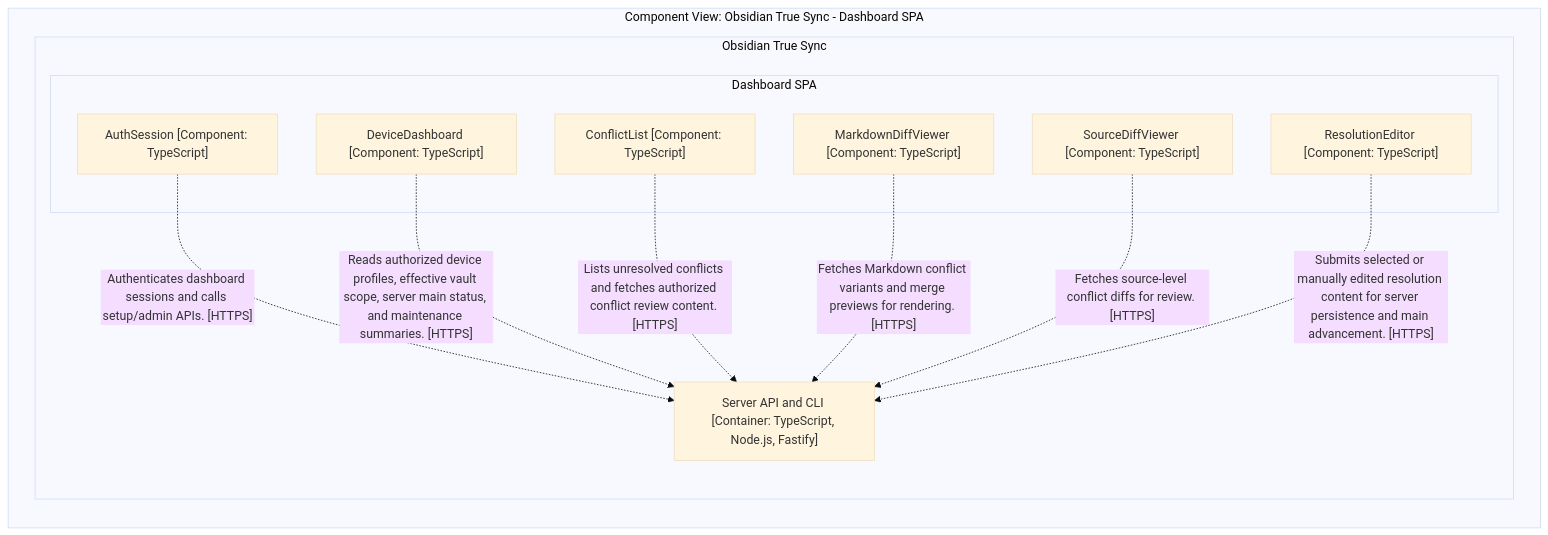
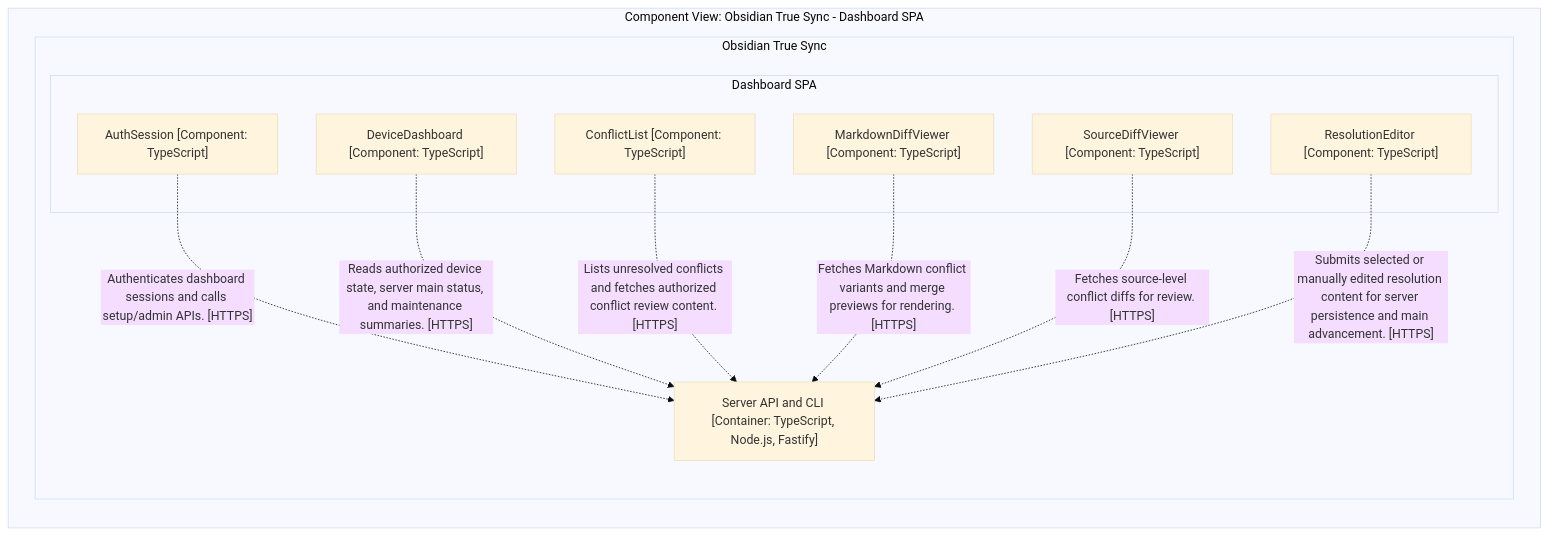
One commit to nareto/obts changed the second of 5 diagrams in architecture/DIAGRAMS.md. Above: the diagram before and after it, drawn with Mermaid (base theme). The commit also changed other lines of this file and 24 other files, not shown here.

````diff
--- a/architecture/DIAGRAMS.md
+++ b/architecture/DIAGRAMS.md
@@ -54,30 +54,30 @@
 ```mermaid
 graph LR
 
   subgraph diagram ["Component View: Obsidian True Sync - Dashboard SPA"]
 
     subgraph 6 ["Obsidian True Sync"]
 
-      subgraph 23 ["Dashboard SPA"]
+      subgraph 22 ["Dashboard SPA"]
 
-        24["AuthSession [Component: TypeScript]"]
-        25["DeviceDashboard [Component: TypeScript]"]
-        26["ConflictList [Component: TypeScript]"]
-        27["MarkdownDiffViewer [Component: TypeScript]"]
-        28["SourceDiffViewer [Component: TypeScript]"]
-        29["ResolutionEditor [Component: TypeScript]"]
+        23["AuthSession [Component: TypeScript]"]
+        24["DeviceDashboard [Component: TypeScript]"]
+        25["ConflictList [Component: TypeScript]"]
+        26["MarkdownDiffViewer [Component: TypeScript]"]
+        27["SourceDiffViewer [Component: TypeScript]"]
+        28["ResolutionEditor [Component: TypeScript]"]
       end
 
       7["Server API and CLI [Container: TypeScript, Node.js, Fastify]"]
     end
 
-    24-. "Authenticates dashboard sessions and calls setup/admin APIs. [HTTPS]" .->7
-    25-. "Reads authorized device profiles, effective vault scope, server main status, and maintenance summaries. [HTTPS]" .->7
-    26-. "Lists unresolved conflicts and fetches authorized conflict review content. [HTTPS]" .->7
-    27-. "Fetches Markdown conflict variants and merge previews for rendering. [HTTPS]" .->7
-    28-. "Fetches source-level conflict diffs for review. [HTTPS]" .->7
-    29-. "Submits selected or manually edited resolution content for server persistence and main advancement. [HTTPS]" .->7
+    23-. "Authenticates dashboard sessions and calls setup/admin APIs. [HTTPS]" .->7
+    24-. "Reads authorized device state, server main status, and maintenance summaries. [HTTPS]" .->7
+    25-. "Lists unresolved conflicts and fetches authorized conflict review content. [HTTPS]" .->7
+    26-. "Fetches Markdown conflict variants and merge previews for rendering. [HTTPS]" .->7
+    27-. "Fetches source-level conflict diffs for review. [HTTPS]" .->7
+    28-. "Submits selected or manually edited resolution content for server persistence and main advancement. [HTTPS]" .->7
 
   end
 
 ```
````
